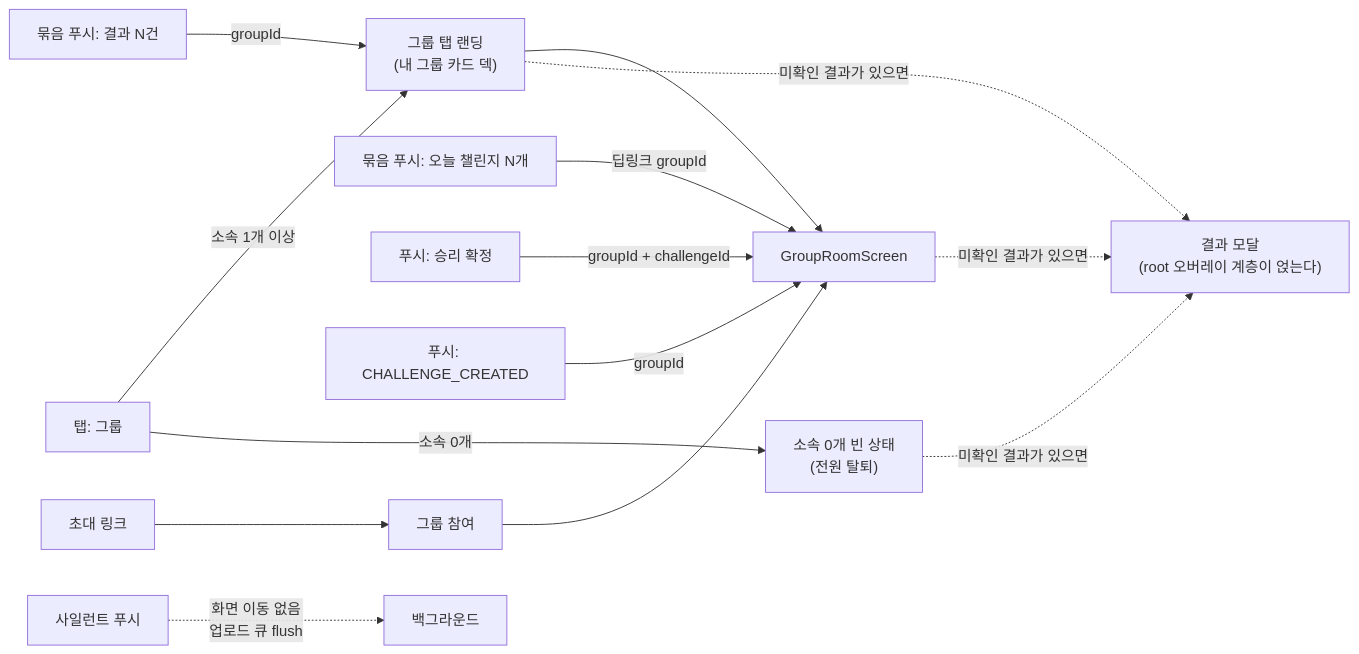
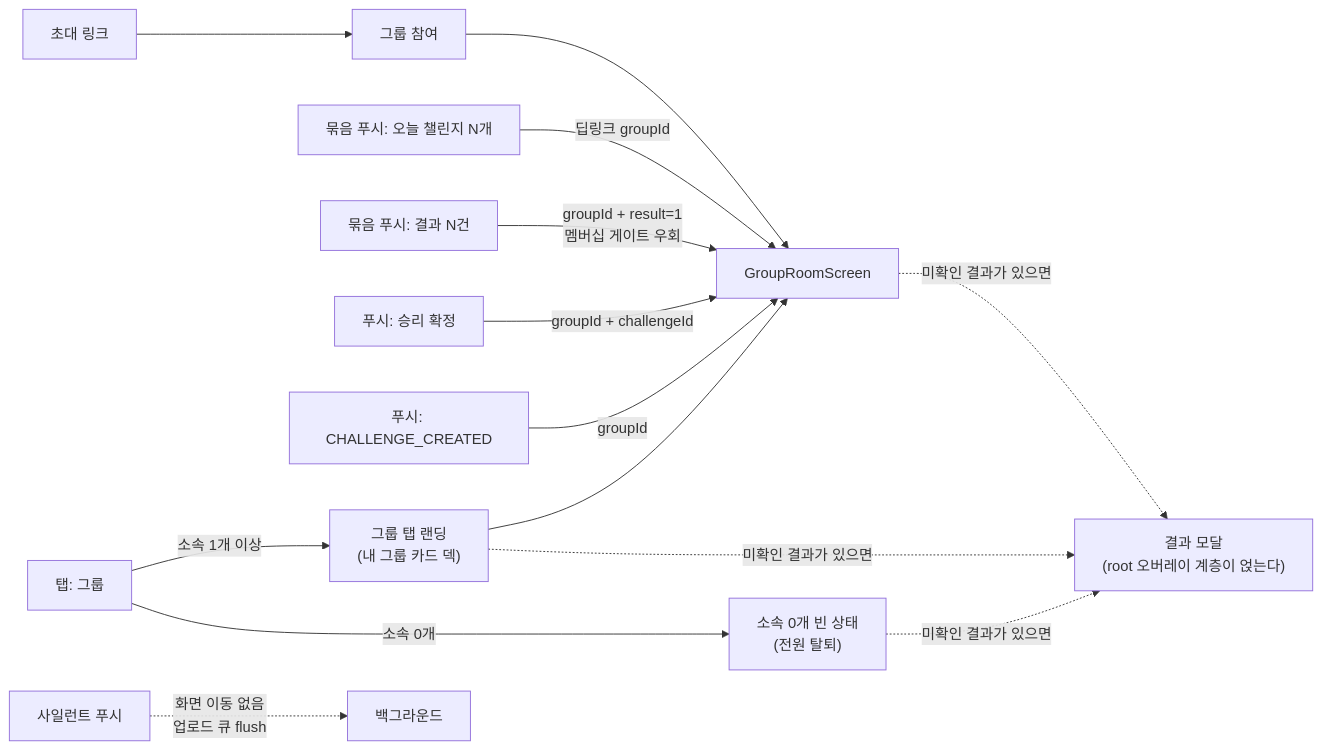
Before and after one commit to OneOrThree/phone: the eighth of 11 diagrams in docs/prd/challenge/information-architecture.md, drawn with Mermaid. The commit also changed 1 other file, not shown here.

Commit message:
[DOC] GROMO-1576 결과 푸시 착지를 GroupRoom 으로 · 10건 상한의 ack 데드락 명시
PR 리뷰 2건. P2 로 표시됐지만 둘째는 N58 의 목적을 무력화하는 설계 결함이다.

1) §4.1 흐름도가 결과 묶음 푸시를 카드 덱(GD)으로 착지시킨다고 그렸는데, 실제
linkFromData 는 gromo://group?g=…&result=1 을 만들고 pushGroupRoom 은 곧바로 GroupRoom 으로
보낸다. 이 그림을 구현 정본으로 따르면 현행 라우팅을 불필요하게 카드 덱으로 바꾸게 된다.
E3 을 GR 로 연결하고 간선에 result=1 우회를 적었다.

2) 10건 상한이 ack 여부보다 먼저 걸린다. getMyChallengeResults 는 PageRequest.of(0, 10) 을
모든 결과에 적용하고 응답은 ack 된 행도 그대로 실어 클라가 거른다(플래그 방식). 그래서
미확인이 11건 이상 쌓이면 최신 10건을 전부 ack 한 뒤 다시 불러도 같은 10건이 응답을 점유해
11번째는 큐에 들어오지도 ack 되지도 못한다 — 서버에 미확인이 남아 N58 이 열려던 미확인
배지가 조회창이 끝날 때까지 사라지지 않는다.

"초과분은 버린다 — 수용"이라고 적어 둔 것과 다른 얘기다. 버리는 것은 그 결과를 안 보여주는
것이고, 이건 영영 확인 처리되지 않아 배지가 고착되는 것이다.

셋 중 하나로 닫는다 — ⑴ ack 필터를 limit 앞에 두기(서버 필터링과 같은 축이라 구앱 전환
계약과 함께 정한다) ⑵ 페이지네이션 ⑶ 버린 초과분 일괄 ack. ⑶ 은 그 결과를 못 본 채 확인
처리하는 것이라 이 배치가 정한 "유실을 막는다"와 충돌하므로 기각 사유를 함께 적었다.
선택은 GROMO-1577 이다.

````diff
--- a/docs/prd/challenge/information-architecture.md
+++ b/docs/prd/challenge/information-architecture.md
@@ -378,19 +378,19 @@
 ```mermaid
 flowchart LR
     E1["탭: 그룹"] -->|"소속 1개 이상"| GD
     E2["묶음 푸시: 오늘 챌린지 N개"] -->|"딥링크 groupId"| GR
-    E3["묶음 푸시: 결과 N건"] -->|"groupId"| GD
+    E3["묶음 푸시: 결과 N건"] -->|"groupId + result=1<br/>멤버십 게이트 우회"| GR
     E4["푸시: 승리 확정"] -->|"groupId + challengeId"| GR
     E5["푸시: CHALLENGE_CREATED"] -->|"groupId"| GR
     E6["초대 링크"] --> GJ["그룹 참여"] --> GR
     E7["사일런트 푸시"] -.->|"화면 이동 없음<br/>업로드 큐 flush"| BG["백그라운드"]
 
     GD["그룹 탭 랜딩<br/>(내 그룹 카드 덱)"] --> GR
     GR["GroupRoomScreen"]
     GZ["소속 0개 빈 상태<br/>(전원 탈퇴)"]
     GD -.->|"미확인 결과가 있으면"| RM
     GR -.->|"미확인 결과가 있으면"| RM
     GZ -.->|"미확인 결과가 있으면"| RM
     E1 -->|"소속 0개"| GZ
     RM["결과 모달<br/>(root 오버레이 계층이 얹는다)"]
 ```
````
